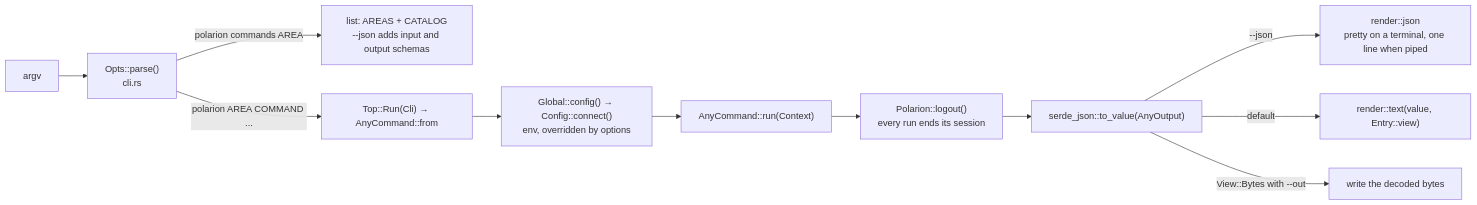
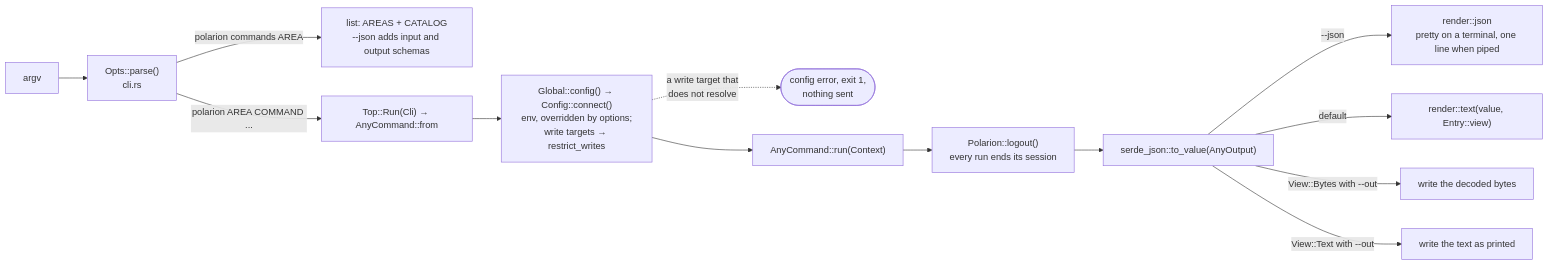
Before and after one commit to KevinGliewe/Polarion-rs: the first of 7 diagrams in docs/front-ends.md, drawn with Mermaid. The commit also changed other lines of this file and 210 other files, not shown here.

````diff
--- a/docs/front-ends.md
+++ b/docs/front-ends.md
@@ -9,13 +9,15 @@
 ```mermaid
 flowchart LR
     argv["argv"] --> clap["Opts::parse()<br/>cli.rs"]
     clap -- "polarion commands AREA" --> list["list: AREAS + CATALOG<br/>--json adds input and output schemas"]
     clap -- "polarion AREA COMMAND ..." --> cmd["Top::Run(Cli) → AnyCommand::from"]
-    cmd --> connect["Global::config() → Config::connect()<br/>env, overridden by options"]
+    cmd --> connect["Global::config() → Config::connect()<br/>env, overridden by options;<br/>write targets → restrict_writes"]
+    connect -. "a write target that<br/>does not resolve" .-> cfgerr(["config error, exit 1,<br/>nothing sent"])
     connect --> run["AnyCommand::run(Context)"]
     run --> logout["Polarion::logout()<br/>every run ends its session"]
     logout --> value["serde_json::to_value(AnyOutput)"]
     value -- "--json" --> json["render::json<br/>pretty on a terminal, one line when piped"]
     value -- "default" --> text["render::text(value, Entry::view)"]
     value -- "View::Bytes with --out" --> file["write the decoded bytes"]
+    value -- "View::Text with --out" --> textfile["write the text as printed"]
 ```
````
